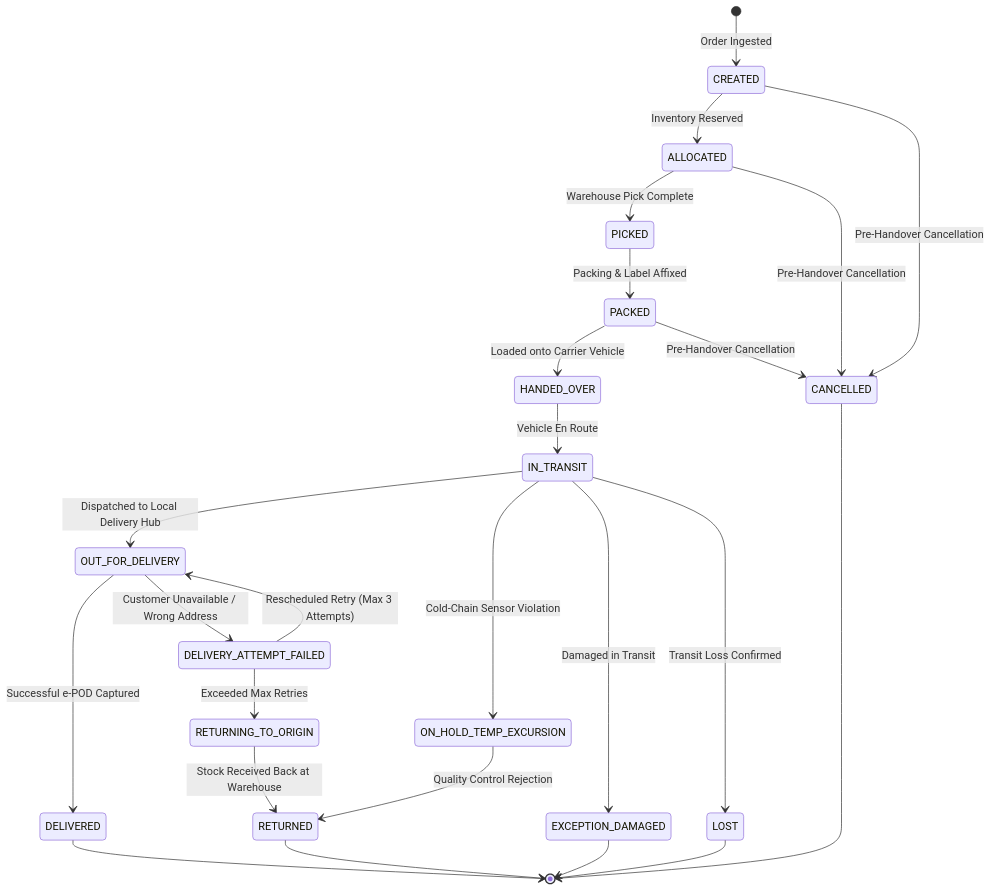
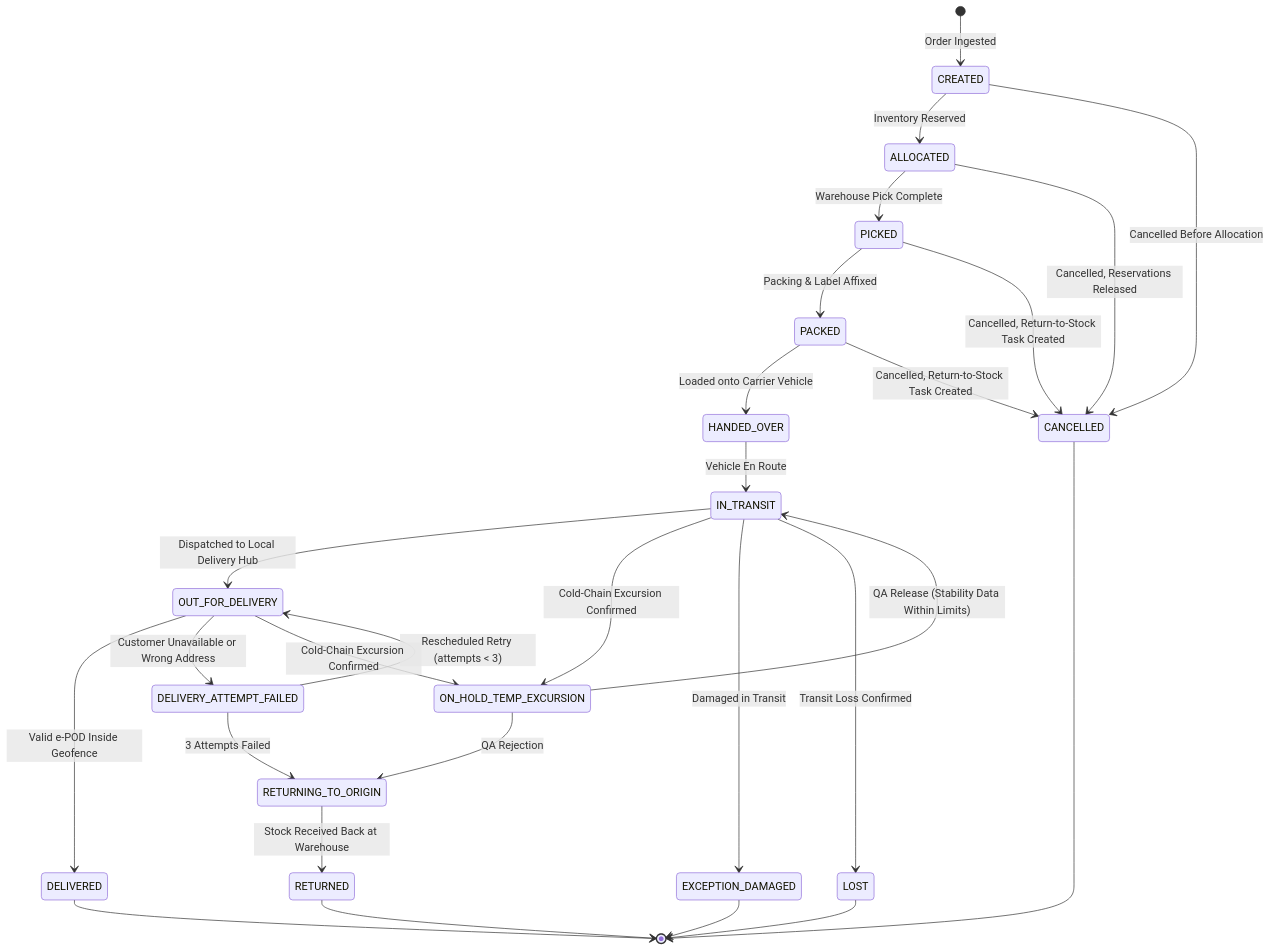
The third of 4 diagrams in docs/05-domain-knowledge/logistics-supply-chain/SMART-WMS-TMS-SPEC.md (phamanhduc8577-hash/business-analyst-hub), drawn with Mermaid before and after one commit. The commit also changed other lines of this file and 3 other files, not shown here.

````diff
--- a/docs/05-domain-knowledge/logistics-supply-chain/SMART-WMS-TMS-SPEC.md
+++ b/docs/05-domain-knowledge/logistics-supply-chain/SMART-WMS-TMS-SPEC.md
@@ -139,34 +141,37 @@
 ```mermaid
 stateDiagram-v2
     [*] --> CREATED: Order Ingested
     CREATED --> ALLOCATED: Inventory Reserved
     ALLOCATED --> PICKED: Warehouse Pick Complete
     PICKED --> PACKED: Packing & Label Affixed
     PACKED --> HANDED_OVER: Loaded onto Carrier Vehicle
     
     HANDED_OVER --> IN_TRANSIT: Vehicle En Route
     IN_TRANSIT --> OUT_FOR_DELIVERY: Dispatched to Local Delivery Hub
     
-    OUT_FOR_DELIVERY --> DELIVERED: Successful e-POD Captured
-    
-    OUT_FOR_DELIVERY --> DELIVERY_ATTEMPT_FAILED: Customer Unavailable / Wrong Address
-    DELIVERY_ATTEMPT_FAILED --> OUT_FOR_DELIVERY: Rescheduled Retry (Max 3 Attempts)
-    DELIVERY_ATTEMPT_FAILED --> RETURNING_TO_ORIGIN: Exceeded Max Retries
+    OUT_FOR_DELIVERY --> DELIVERED: Valid e-POD Inside Geofence
+
+    OUT_FOR_DELIVERY --> DELIVERY_ATTEMPT_FAILED: Customer Unavailable or Wrong Address
+    DELIVERY_ATTEMPT_FAILED --> OUT_FOR_DELIVERY: Rescheduled Retry (attempts < 3)
+    DELIVERY_ATTEMPT_FAILED --> RETURNING_TO_ORIGIN: 3 Attempts Failed
     RETURNING_TO_ORIGIN --> RETURNED: Stock Received Back at Warehouse
-    
-    IN_TRANSIT --> ON_HOLD_TEMP_EXCURSION: Cold-Chain Sensor Violation
-    ON_HOLD_TEMP_EXCURSION --> RETURNED: Quality Control Rejection
-    
+
+    IN_TRANSIT --> ON_HOLD_TEMP_EXCURSION: Cold-Chain Excursion Confirmed
+    OUT_FOR_DELIVERY --> ON_HOLD_TEMP_EXCURSION: Cold-Chain Excursion Confirmed
+    ON_HOLD_TEMP_EXCURSION --> IN_TRANSIT: QA Release (Stability Data Within Limits)
+    ON_HOLD_TEMP_EXCURSION --> RETURNING_TO_ORIGIN: QA Rejection
+
     IN_TRANSIT --> EXCEPTION_DAMAGED: Damaged in Transit
     IN_TRANSIT --> LOST: Transit Loss Confirmed
-    
-    CREATED --> CANCELLED: Pre-Handover Cancellation
-    ALLOCATED --> CANCELLED: Pre-Handover Cancellation
-    PACKED --> CANCELLED: Pre-Handover Cancellation
+
+    CREATED --> CANCELLED: Cancelled Before Allocation
+    ALLOCATED --> CANCELLED: Cancelled, Reservations Released
+    PICKED --> CANCELLED: Cancelled, Return-to-Stock Task Created
+    PACKED --> CANCELLED: Cancelled, Return-to-Stock Task Created
     
     DELIVERED --> [*]
     RETURNED --> [*]
     EXCEPTION_DAMAGED --> [*]
     LOST --> [*]
     CANCELLED --> [*]
 ```
````
